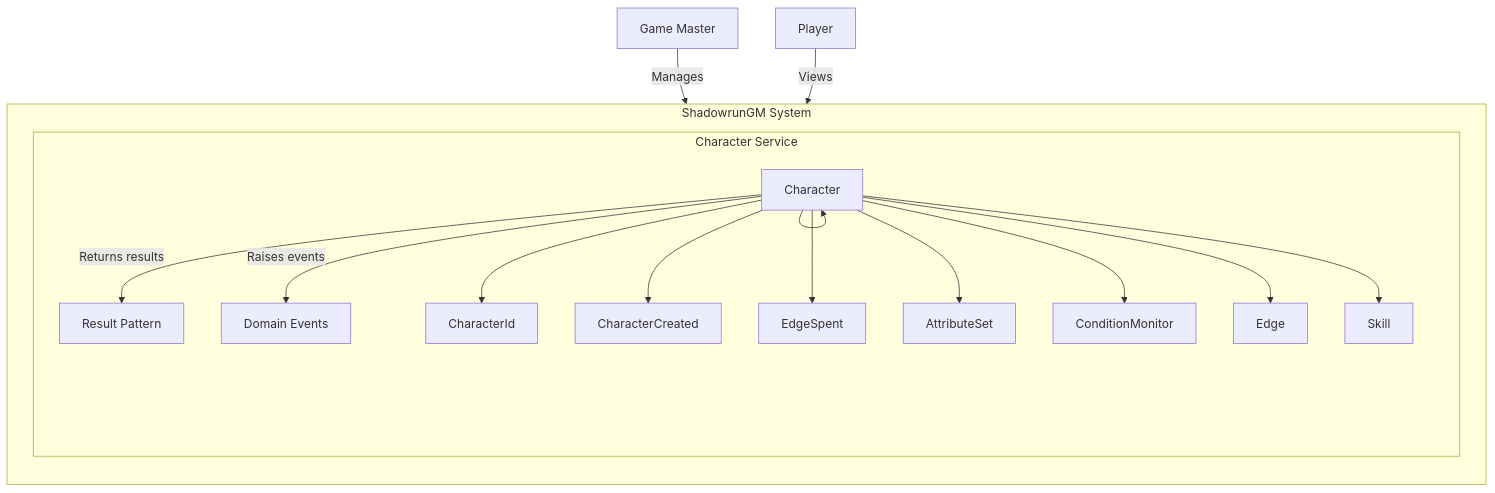
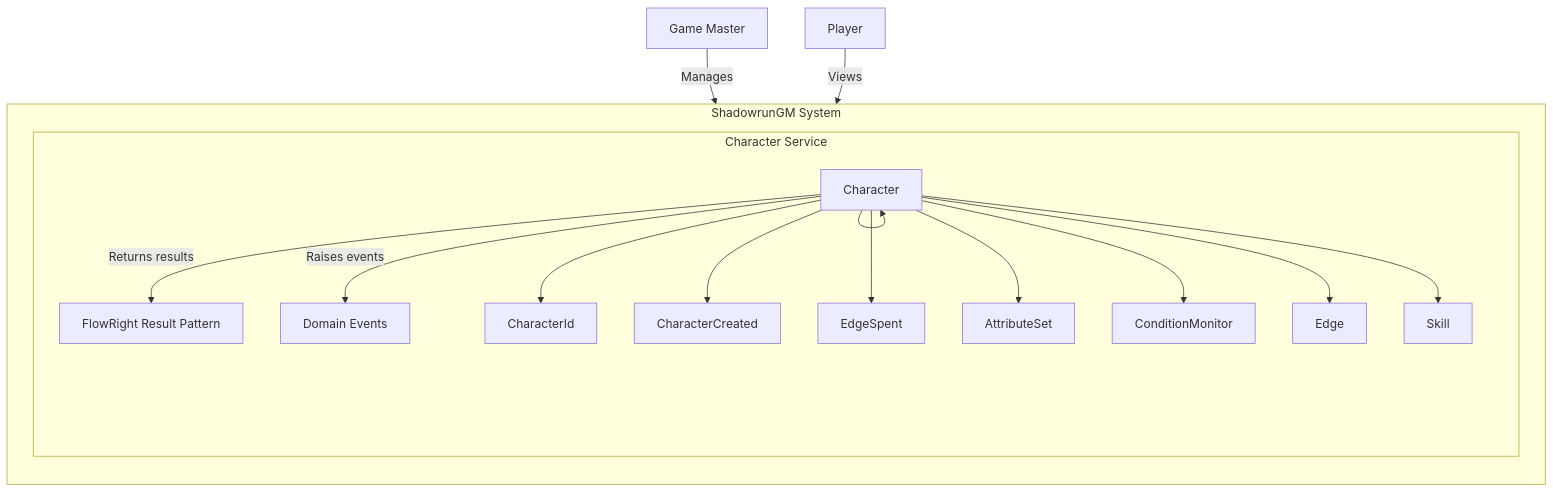
One commit to georgepharrison/ShadowrunGM changed the first of 2 diagrams in docs/domain/character-aggregate.md. Above: the diagram before and after it, drawn with Mermaid. The commit also changed 66 other files, not shown here.

First line of the commit message:
refactor: replace ShadowrunGM Result classes with FlowRight libraries

````diff
--- a/docs/domain/character-aggregate.md
+++ b/docs/domain/character-aggregate.md
@@ -15,43 +15,43 @@
 ```mermaid
 flowchart TB
     gm["Game Master"]
     player["Player"]
 
     subgraph SGM["ShadowrunGM System"]
         direction TB
 
         subgraph CharacterS["Character Service"]
             direction TB
 
             character["{aggregate.name} Aggregate Root"]
             
             
             
-            resultClass["Result<T> Pattern"]
+            resultClass["FlowRight Result<T> Pattern"]
             domainEvents["Domain Events"]
             character["Character"]
             characterid["CharacterId"]
             charactercreated["CharacterCreated"]
             edgespent["EdgeSpent"]
             attributeset["AttributeSet"]
             conditionmonitor["ConditionMonitor"]
             edge["Edge"]
             skill["Skill"]
         end
     end
 
     gm -->|Manages| character
     player -->|Views| character
 
     character -->|Returns results| resultClass
     character -->|Raises events| domainEvents
     
         character --> character
     character --> characterid
     character --> charactercreated
     character --> edgespent
     character --> attributeset
     character --> conditionmonitor
     character --> edge
     character --> skill
 ```
````
